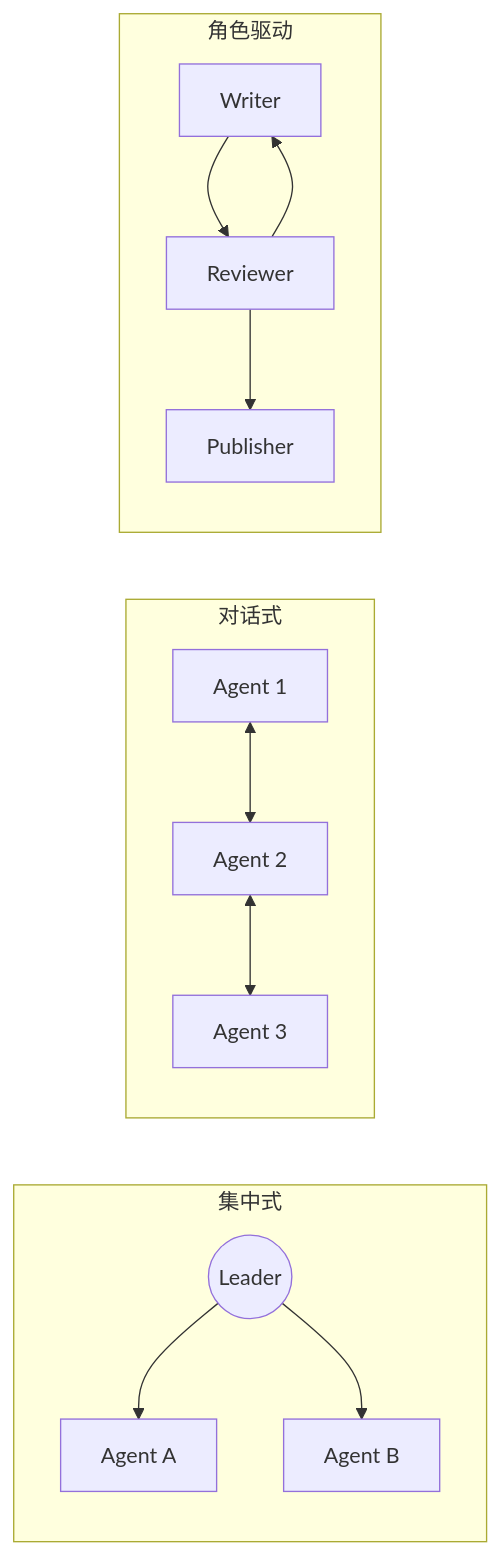
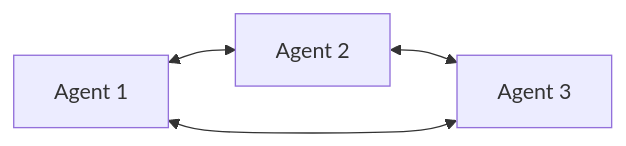
One commit to wangchong2023/lang-chain-graph changed diagram 25 of 35 in doc/AI_Knowledge_Roadmap.md. Above: the diagram before and after it, drawn with Mermaid. The commit also changed other lines of this file and 1 other file, not shown here.

Commit message:
refactor: reorder chapter 11 sections in AI_Knowledge_Roadmap.md using a dedicated automation script

````diff
--- a/doc/AI_Knowledge_Roadmap.md
+++ b/doc/AI_Knowledge_Roadmap.md
@@ -1288,18 +1311,6 @@
 ```mermaid
 graph LR
-    subgraph Orchestrator ["集中式"]
-        Leader((Leader)) --> A[Agent A]
-        Leader --> B[Agent B]
-    end
-
-    subgraph P2P ["对话式"]
-        P1[Agent 1] <--> P2[Agent 2]
-        P2 <--> P3[Agent 3]
-    end
-
-    subgraph Role ["角色驱动"]
-        W1[Writer] --> R1[Reviewer]
-        R1 --> W1
-        R1 --> P[Publisher]
-    end
+    P1[Agent 1] <--> P2[Agent 2]
+    P2 <--> P3[Agent 3]
+    P3 <--> P1[Agent 1]
 ```
````
